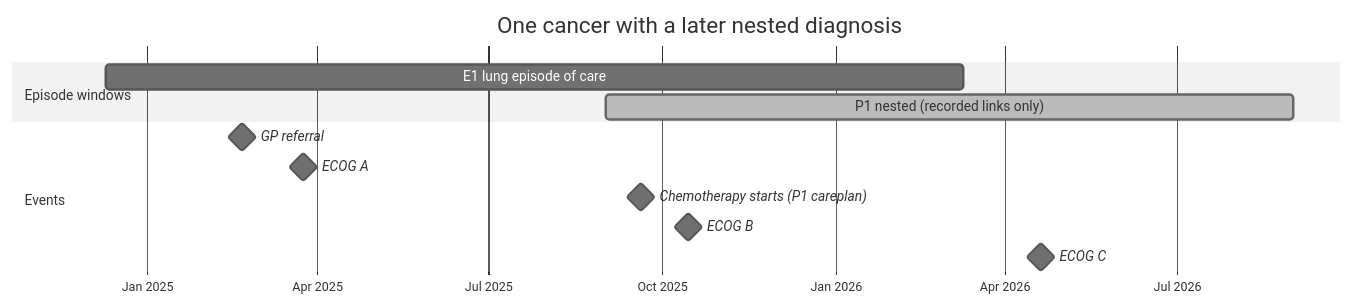
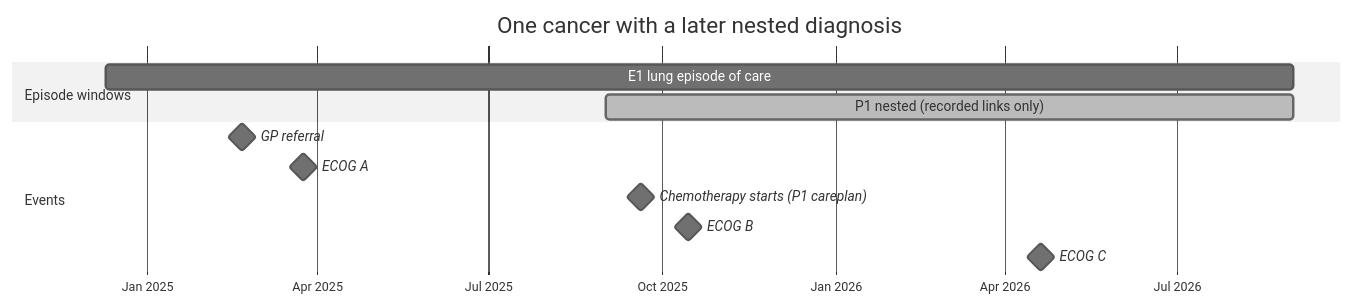
The second of 3 diagrams in docs/episode_attachment.md (AustralianCancerDataNetwork/oa-cohorts), drawn with Mermaid (neutral theme) before and after one commit. The commit also changed other lines of this file and 14 other files, not shown here.

````diff
--- a/docs/episode_attachment.md
+++ b/docs/episode_attachment.md
@@ -66,15 +69,15 @@
 ```mermaid
 gantt
     title One cancer with a later nested diagnosis
     dateFormat YYYY-MM-DD
     axisFormat %b %Y
     section Episode windows
-    E1 lung episode of care       :e1, 2024-12-10, 2026-03-10
+    E1 lung episode of care       :e1, 2024-12-10, 2026-09-01
     P1 nested (recorded links only) :done, p1, 2025-09-01, 2026-09-01
     section Events
     GP referral                   :milestone, 2025-02-20, 0d
     ECOG A                        :milestone, 2025-03-25, 0d
     Chemotherapy starts (P1 careplan) :milestone, 2025-09-20, 0d
     ECOG B                        :milestone, 2025-10-15, 0d
     ECOG C                        :milestone, 2026-04-20, 0d
 ```
````
